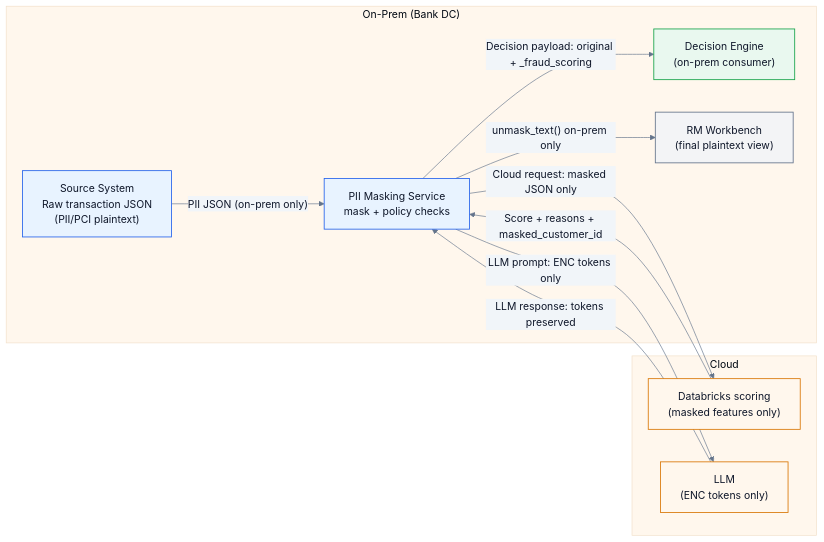
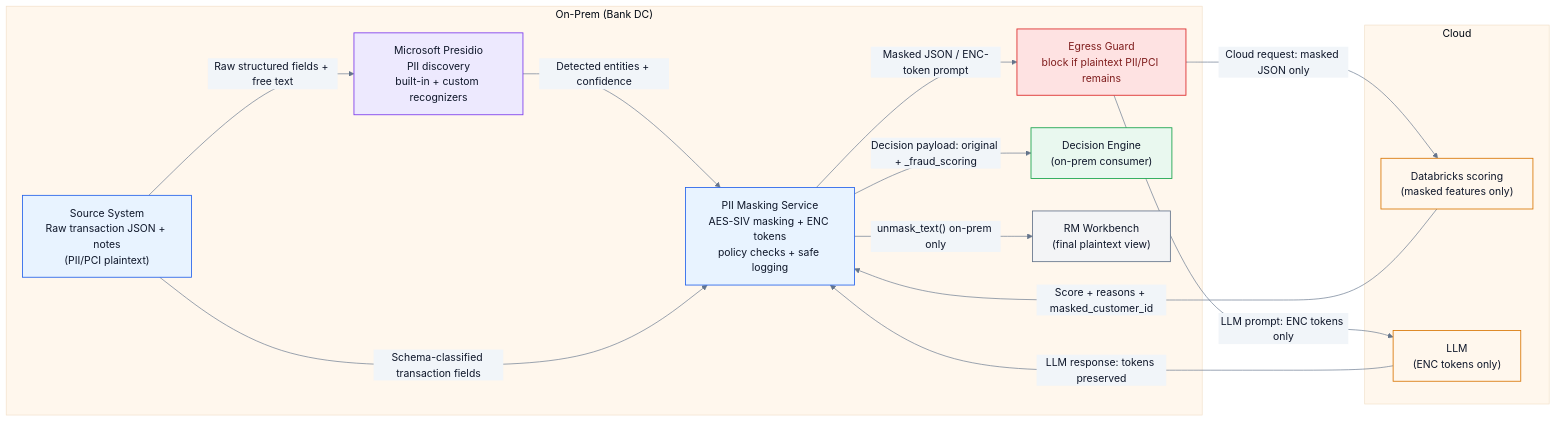
Before and after one commit to kkirko/PII-Masking-Service: the first of 2 diagrams in sequence.md, drawn with Mermaid. The commit also changed other lines of this file and 4 other files, not shown here.

````diff
--- a/sequence.md
+++ b/sequence.md
@@ -7,30 +7,37 @@
 ```mermaid
 %%{init: {"theme":"base","themeVariables":{"fontFamily":"ui-sans-serif, system-ui, -apple-system, Segoe UI, Roboto, Arial","primaryTextColor":"#0f172a","lineColor":"#64748b","noteBkgColor":"#f8fafc","noteTextColor":"#0f172a","primaryColor":"#ffffff","secondaryColor":"#f1f5f9","tertiaryColor":"#fff7ed"}}}%%
 flowchart LR
   classDef onprem fill:#e8f3ff,stroke:#2563eb,stroke-width:1.3px,color:#0f172a;
+  classDef detect fill:#ede9fe,stroke:#7c3aed,stroke-width:1.3px,color:#0f172a;
   classDef cloud fill:#fff7ed,stroke:#d97706,stroke-width:1.3px,color:#0f172a;
   classDef consumer fill:#e9f8ef,stroke:#16a34a,stroke-width:1.3px,color:#0f172a;
   classDef rm fill:#f3f4f6,stroke:#64748b,stroke-width:1.3px,color:#0f172a;
+  classDef block fill:#fee2e2,stroke:#dc2626,stroke-width:1.3px,color:#7f1d1d;
 
   subgraph OnPrem["On-Prem (Bank DC)"]
-    Source["Source System<br/>Raw transaction JSON<br/>(PII/PCI plaintext)"]:::onprem
-    Svc["PII Masking Service<br/>mask + policy checks"]:::onprem
+    Source["Source System<br/>Raw transaction JSON + notes<br/>(PII/PCI plaintext)"]:::onprem
+    Presidio["Microsoft Presidio<br/>PII discovery<br/>built-in + custom recognizers"]:::detect
+    Svc["PII Masking Service<br/>AES-SIV masking + ENC tokens<br/>policy checks + safe logging"]:::onprem
+    Guard["Egress Guard<br/>block if plaintext PII/PCI remains"]:::block
     DE["Decision Engine<br/>(on-prem consumer)"]:::consumer
     RM["RM Workbench<br/>(final plaintext view)"]:::rm
   end
 
   subgraph Cloud["Cloud"]
     DBX["Databricks scoring<br/>(masked features only)"]:::cloud
     LLM["LLM<br/>(ENC tokens only)"]:::cloud
   end
 
-  Source -->|"PII JSON (on-prem only)"| Svc
-  Svc -->|"Cloud request: masked JSON only"| DBX
+  Source -->|"Raw structured fields + free text"| Presidio
+  Presidio -->|"Detected entities + confidence"| Svc
+  Source -->|"Schema-classified transaction fields"| Svc
+  Svc -->|"Masked JSON / ENC-token prompt"| Guard
+  Guard -->|"Cloud request: masked JSON only"| DBX
   DBX -->|"Score + reasons + masked_customer_id"| Svc
 
   Svc -->|"Decision payload: original + _fraud_scoring"| DE
 
-  Svc -->|"LLM prompt: ENC tokens only"| LLM
+  Guard -->|"LLM prompt: ENC tokens only"| LLM
   LLM -->|"LLM response: tokens preserved"| Svc
   Svc -->|"unmask_text() on-prem only"| RM
 ```
````
